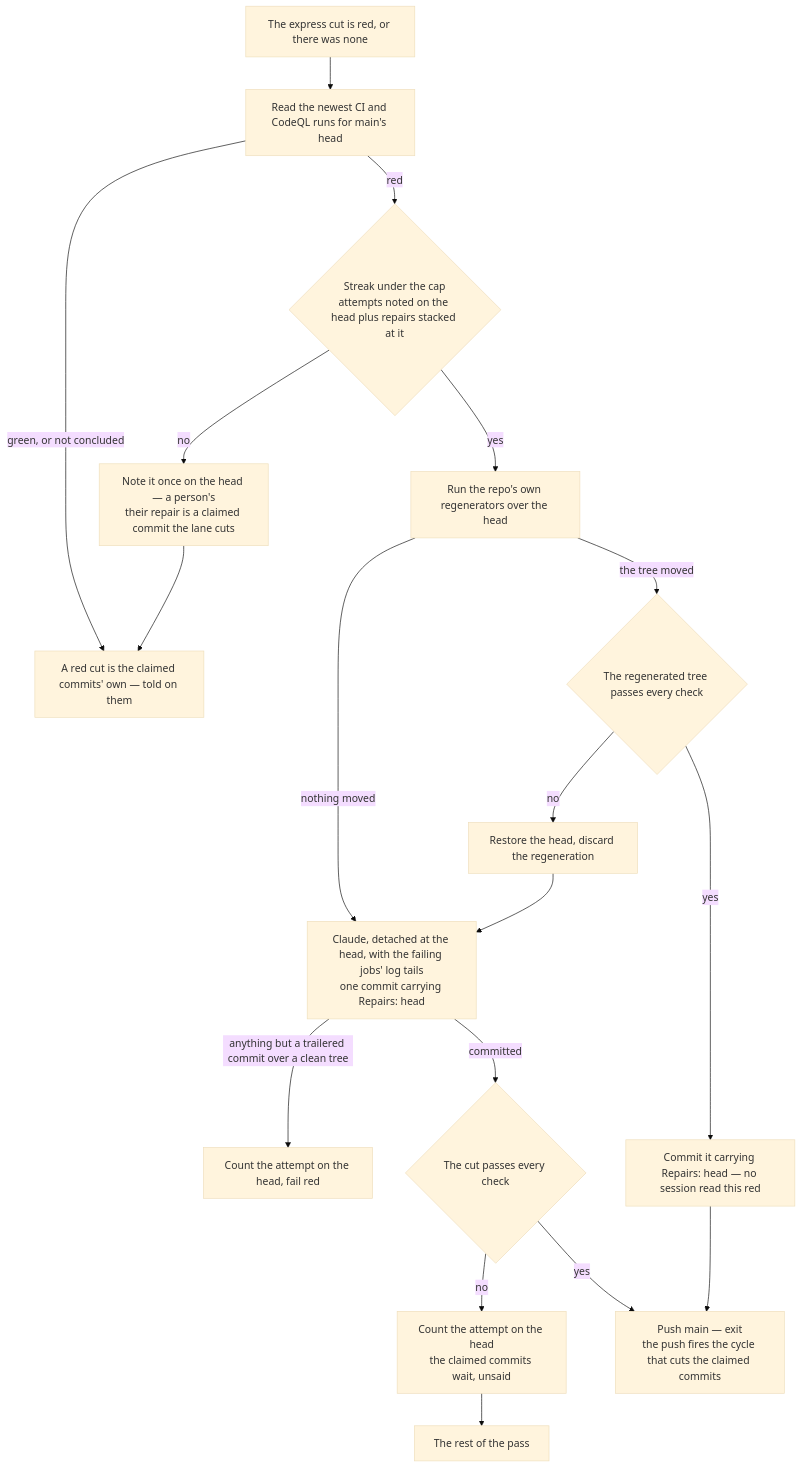
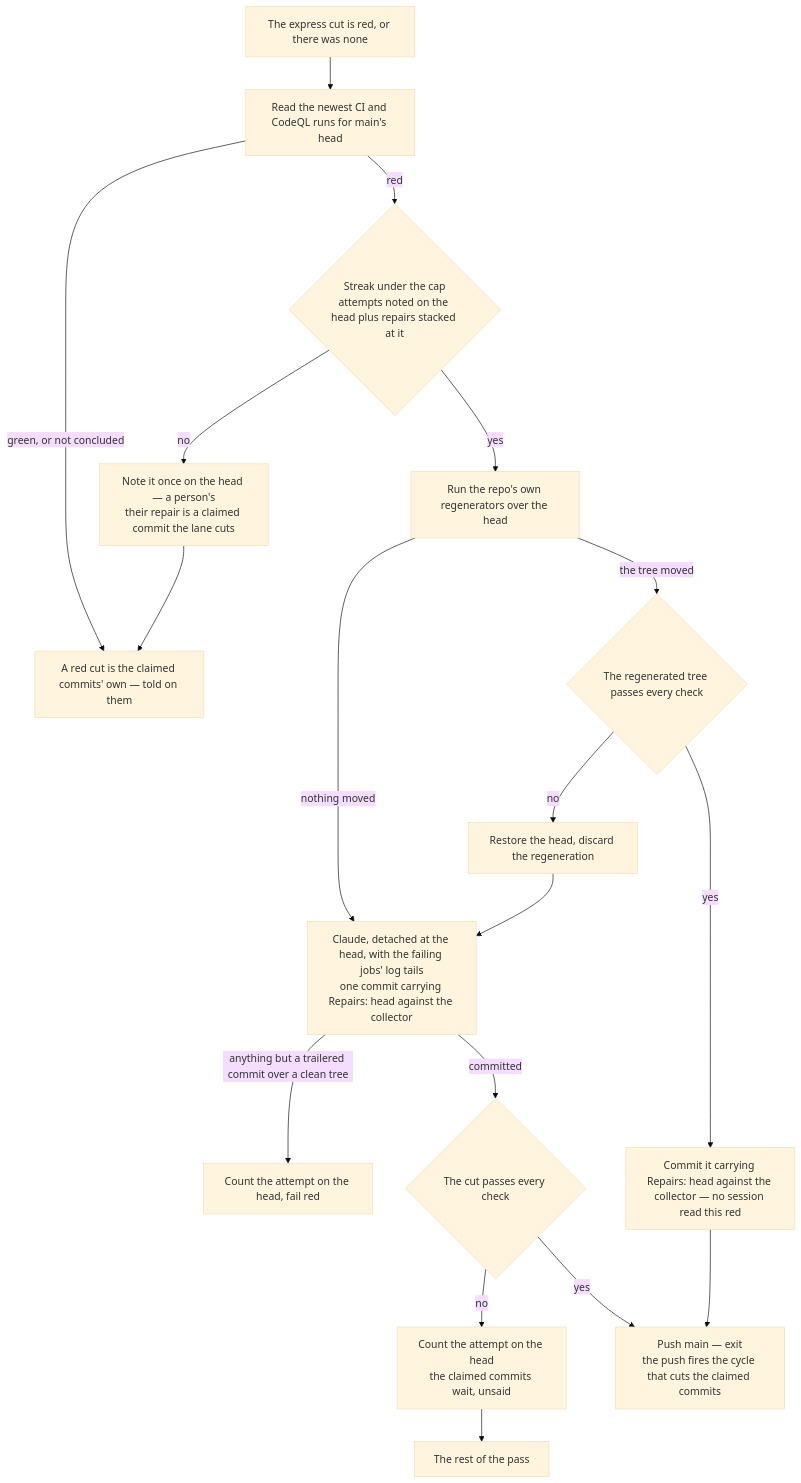
Before and after one commit to Esposter/Esposter: the diagram in apps/web/content/docs/infra/review-collector/repair.md, drawn with Mermaid (base theme). The commit also changed other lines of this file and 13 other files, not shown here.

````diff
--- a/apps/web/content/docs/infra/review-collector/repair.md
+++ b/apps/web/content/docs/infra/review-collector/repair.md
@@ -14,17 +14,17 @@
 ```mermaid
 flowchart TD
   E[The express cut is red, or there was none] --> R[Read the newest CI and CodeQL runs for main's head]
   R -->|green, or not concluded| L[A red cut is the claimed commits' own — told on them]
   R -->|red| S{Streak under the cap<br/>attempts noted on the head plus repairs stacked at it}
   S -->|no| P[Note it once on the head — a person's<br/>their repair is a claimed commit the lane cuts] --> L
   S -->|yes| G[Run the repo's own regenerators over the head]
   G -->|nothing moved| C
   G -->|the tree moved| GV{The regenerated tree passes every check}
   GV -->|no| RS[Restore the head, discard the regeneration] --> C
-  GV -->|yes| GC[Commit it carrying Repairs: head — no session read this red] --> PU
-  C[Claude, detached at the head, with the failing jobs' log tails<br/>one commit carrying Repairs: head]
+  GV -->|yes| GC[Commit it carrying Repairs: head against the collector — no session read this red] --> PU
+  C[Claude, detached at the head, with the failing jobs' log tails<br/>one commit carrying Repairs: head against the collector]
   C -->|anything but a trailered commit over a clean tree| F[Count the attempt on the head, fail red]
   C -->|committed| V{The cut passes every check}
   V -->|no| N[Count the attempt on the head<br/>the claimed commits wait, unsaid] --> L2[The rest of the pass]
   V -->|yes| PU[Push main — exit<br/>the push fires the cycle that cuts the claimed commits]
 ```
````
